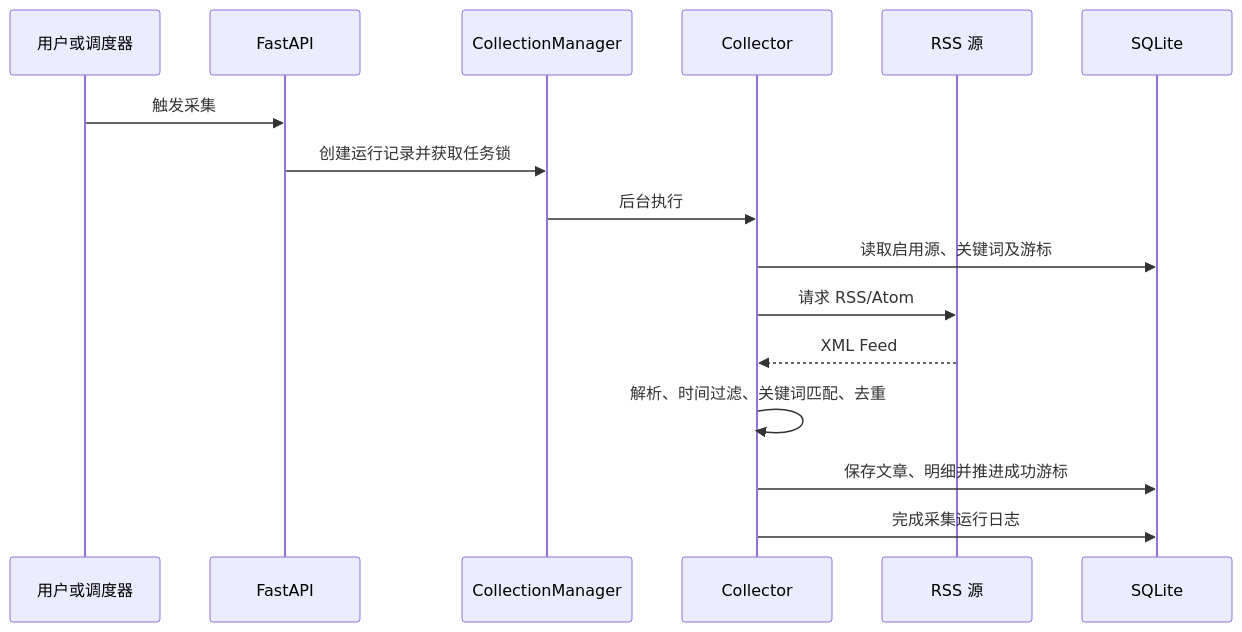
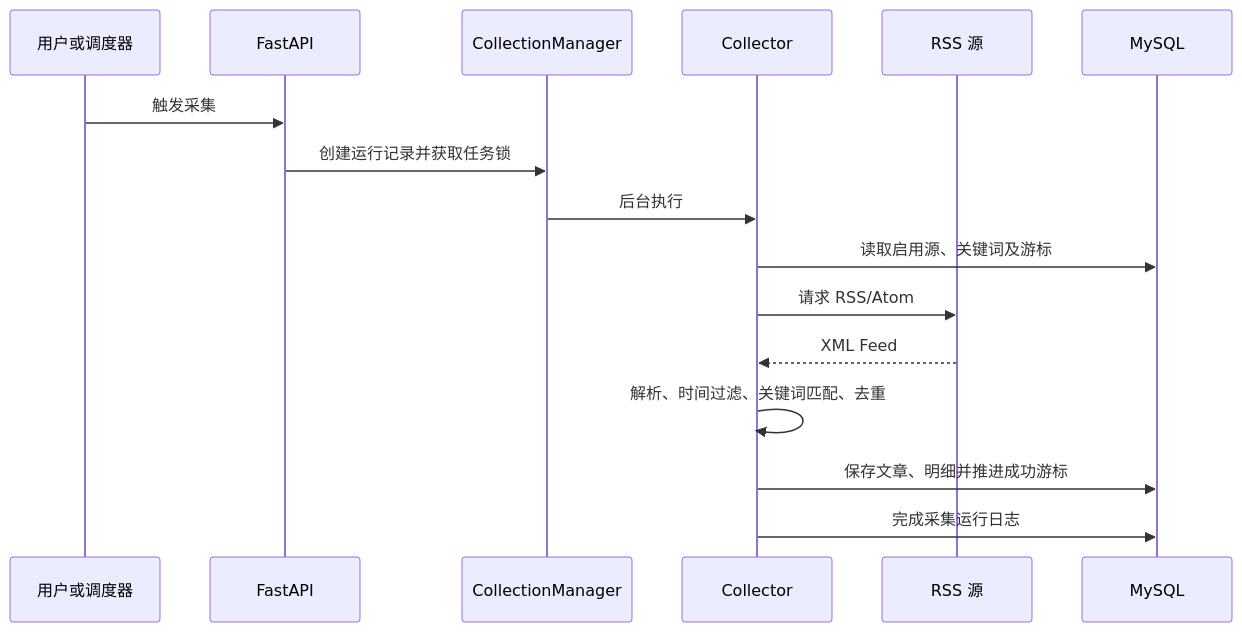
One commit to shiye1213/intco-rss-collector changed the second of 3 diagrams in docs/architecture.md. Above: the diagram before and after it, drawn with Mermaid. The commit also changed other lines of this file and 20 other files, not shown here.

````diff
--- a/docs/architecture.md
+++ b/docs/architecture.md
@@ -51,19 +51,19 @@
 ```mermaid
 sequenceDiagram
     participant User as 用户或调度器
     participant API as FastAPI
     participant Manager as CollectionManager
     participant Collector as Collector
     participant Feed as RSS 源
-    participant DB as SQLite
+    participant DB as MySQL
 
     User->>API: 触发采集
     API->>Manager: 创建运行记录并获取任务锁
     Manager->>Collector: 后台执行
     Collector->>DB: 读取启用源、关键词及游标
     Collector->>Feed: 请求 RSS/Atom
     Feed-->>Collector: XML Feed
     Collector->>Collector: 解析、时间过滤、关键词匹配、去重
     Collector->>DB: 保存文章、明细并推进成功游标
     Collector->>DB: 完成采集运行日志
 ```
````
